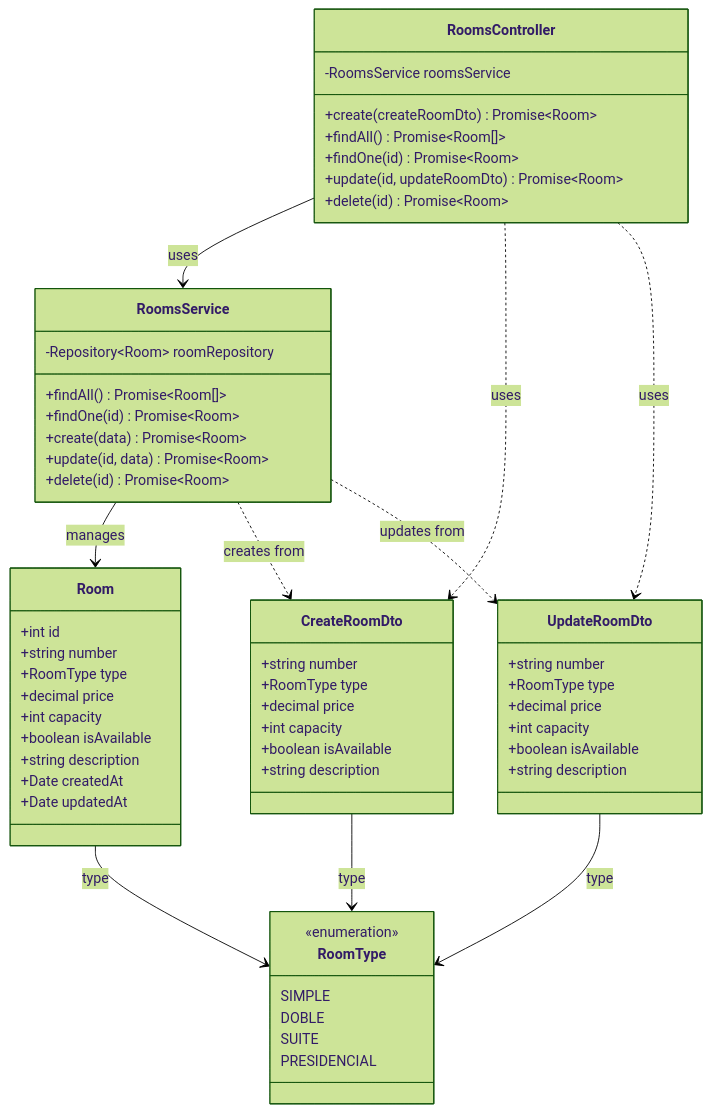
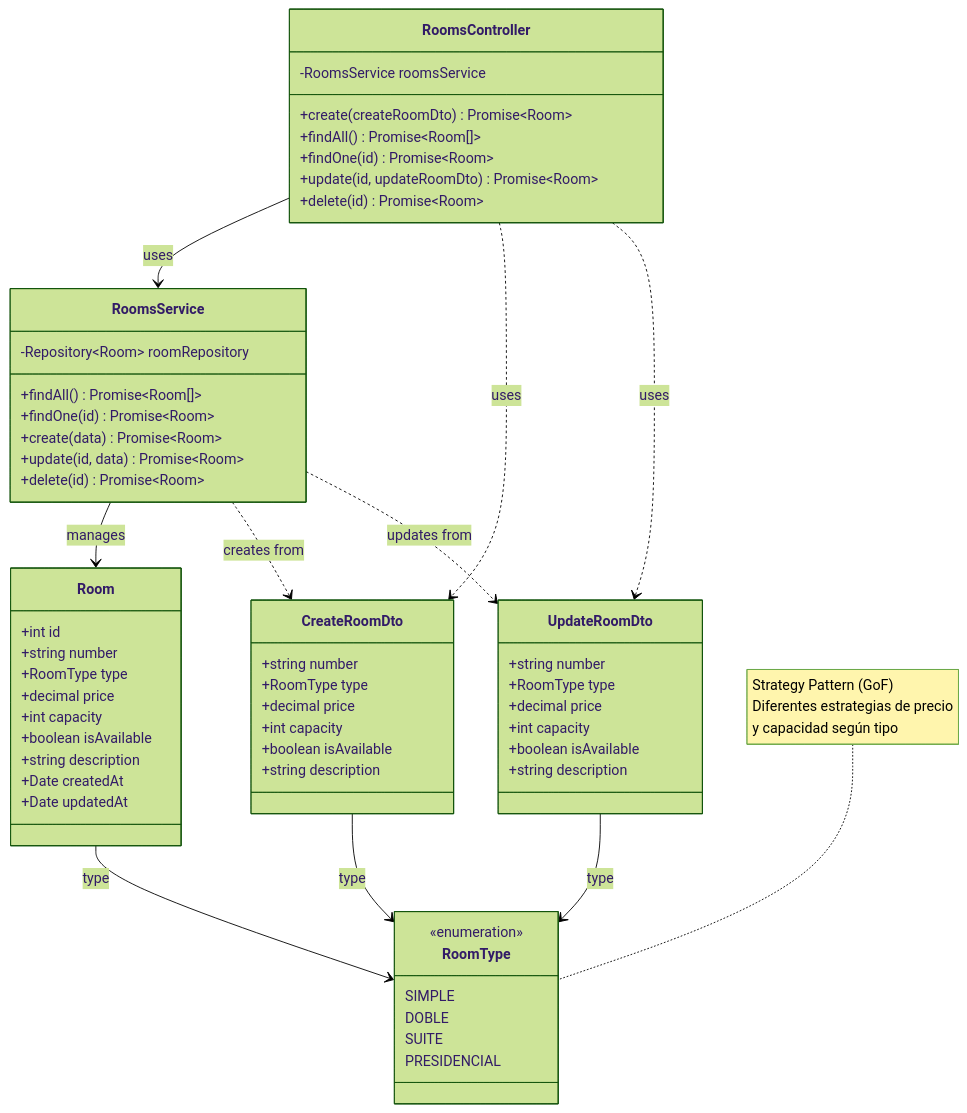
Before and after one commit to Nick220505/hotelier-backend: the diagram in diagrams/rooms-class-diagram.md, drawn with Mermaid (forest theme). The commit also changed other lines of this file and 4 other files, not shown here.

Commit message:
Agregar notas de patrones de diseño GoF en los diagramas de clases de personal, huéspedes, limpieza, restaurante y habitaciones

````diff
--- a/diagrams/rooms-class-diagram.md
+++ b/diagrams/rooms-class-diagram.md
@@ -3,76 +3,79 @@
 ```mermaid
 classDiagram
     %% Controllers
     class RoomsController {
         -RoomsService roomsService
         +create(createRoomDto) Promise~Room~
         +findAll() Promise~Room[]~
         +findOne(id) Promise~Room~
         +update(id, updateRoomDto) Promise~Room~
         +delete(id) Promise~Room~
     }
 
     %% Services
     class RoomsService {
         -Repository~Room~ roomRepository
         +findAll() Promise~Room[]~
         +findOne(id) Promise~Room~
         +create(data) Promise~Room~
         +update(id, data) Promise~Room~
         +delete(id) Promise~Room~
     }
 
     %% Entities
     class Room {
         +int id
         +string number
         +RoomType type
         +decimal price
         +int capacity
         +boolean isAvailable
         +string description
         +Date createdAt
         +Date updatedAt
     }
 
     %% DTOs
     class CreateRoomDto {
         +string number
         +RoomType type
         +decimal price
         +int capacity
         +boolean isAvailable
         +string description
     }
 
     class UpdateRoomDto {
         +string number
         +RoomType type
         +decimal price
         +int capacity
         +boolean isAvailable
         +string description
     }
 
     %% Enumerations
     class RoomType {
         <<enumeration>>
         SIMPLE
         DOBLE
         SUITE
         PRESIDENCIAL
     }
 
     %% Relationships
     RoomsController --> RoomsService : uses
     RoomsController ..> CreateRoomDto : uses
     RoomsController ..> UpdateRoomDto : uses
     
     RoomsService --> Room : manages
     RoomsService ..> CreateRoomDto : creates from
     RoomsService ..> UpdateRoomDto : updates from
     
     Room --> RoomType : type
     CreateRoomDto --> RoomType : type
     UpdateRoomDto --> RoomType : type
+    
+    %% Notas de Patrones GoF
+    note for RoomType "Strategy Pattern (GoF)<br/>Diferentes estrategias de precio<br/>y capacidad según tipo"
 ```
````
